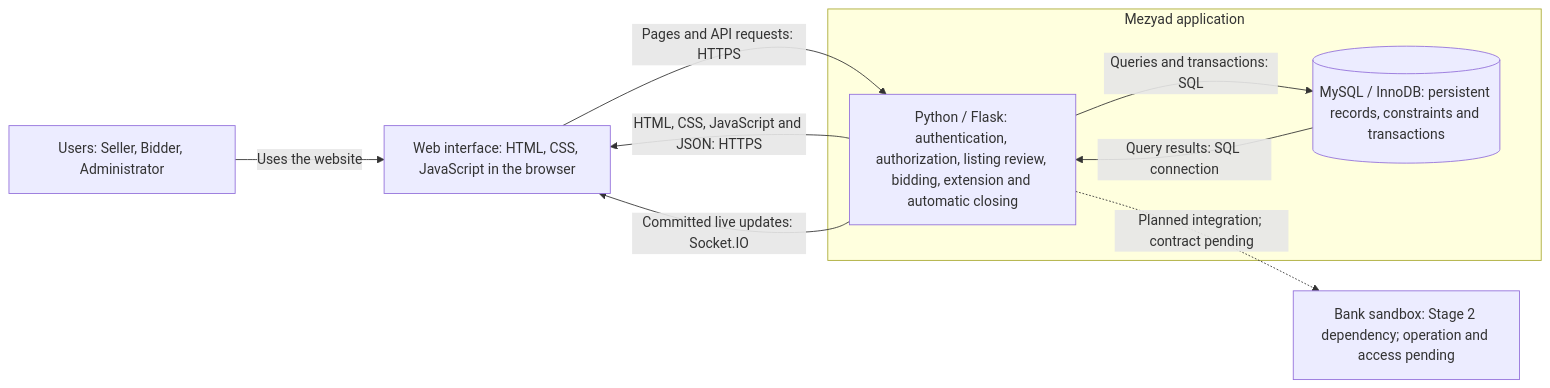
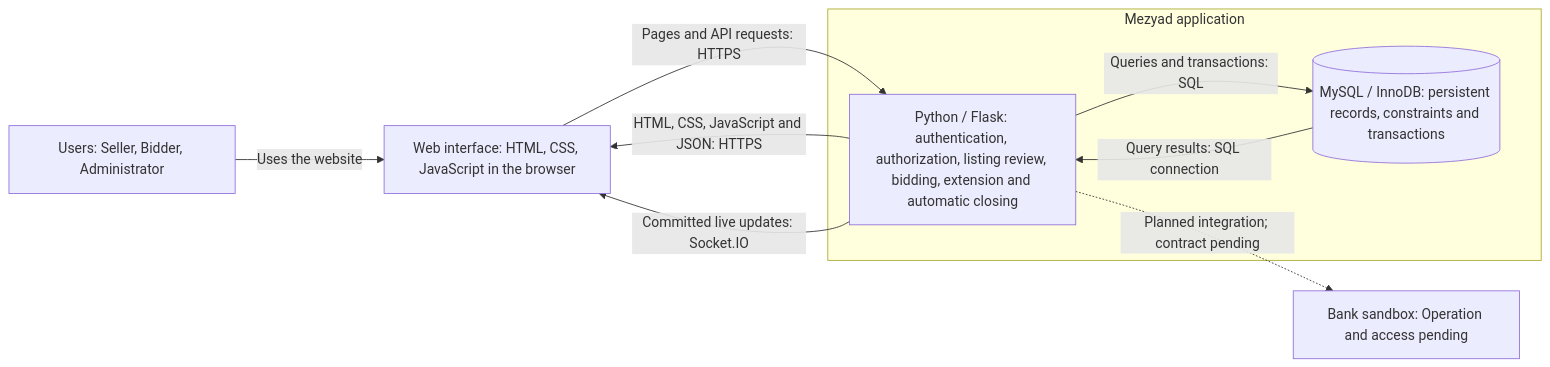
Before and after one commit to ghadi0alzhrani0/testing-mz: the first of 5 diagrams in Stage_3/Report.MD, drawn with Mermaid. The commit also changed other lines of this file and 1 other file, not shown here.

Commit message:
Clean Stage 3 report structure and restore Figma prototype flows

````diff
--- a/Stage_3/Report.MD
+++ b/Stage_3/Report.MD
@@ -147,20 +146,20 @@
 ```mermaid
 flowchart LR
     users["Users: Seller, Bidder, Administrator"]
     browser["Web interface: HTML, CSS, JavaScript in the browser"]
 
     subgraph mezyad["Mezyad application"]
         app["Python / Flask: authentication, authorization, listing review, bidding, extension and automatic closing"]
         db[("MySQL / InnoDB: persistent records, constraints and transactions")]
     end
 
-    bank["Bank sandbox: Stage 2 dependency; operation and access pending"]
+    bank["Bank sandbox: Operation and access pending"]
 
     users -->|Uses the website| browser
     browser -->|Pages and API requests: HTTPS| app
     app -->|HTML, CSS, JavaScript and JSON: HTTPS| browser
     app -->|Committed live updates: Socket.IO| browser
     app -->|Queries and transactions: SQL| db
     db -->|Query results: SQL connection| app
     app -.->|Planned integration; contract pending| bank
 ```
````
